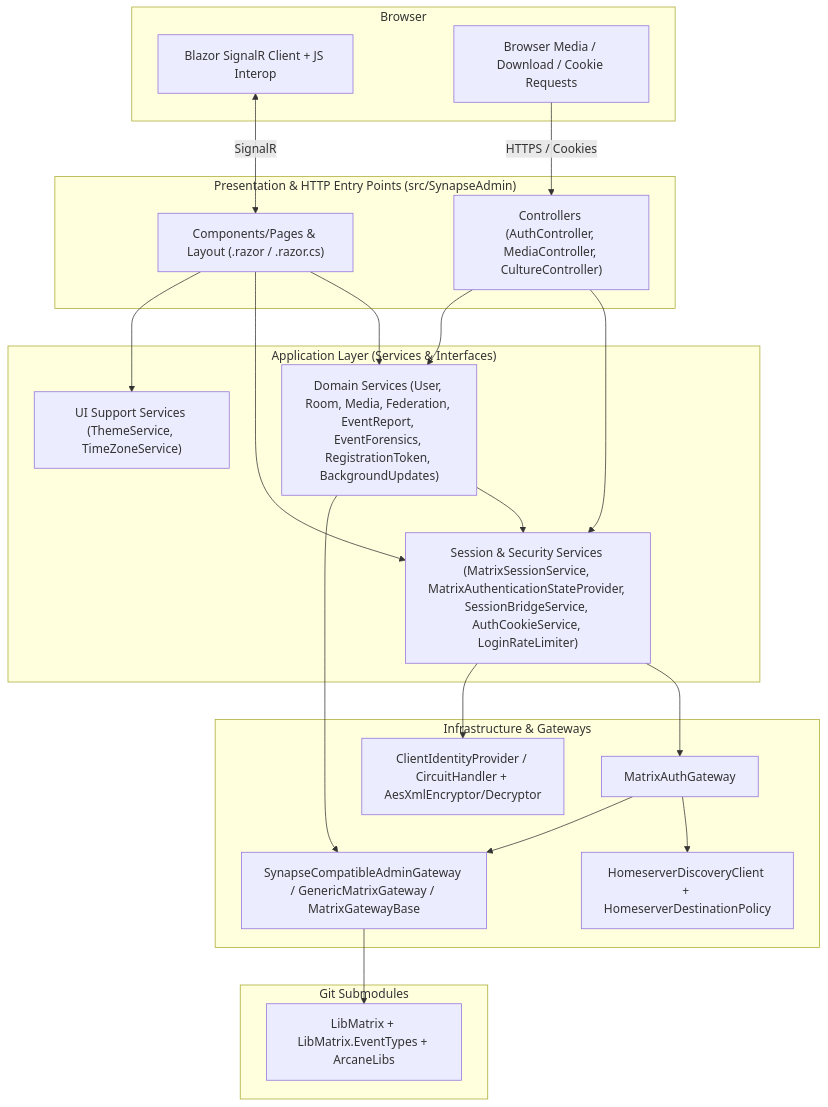
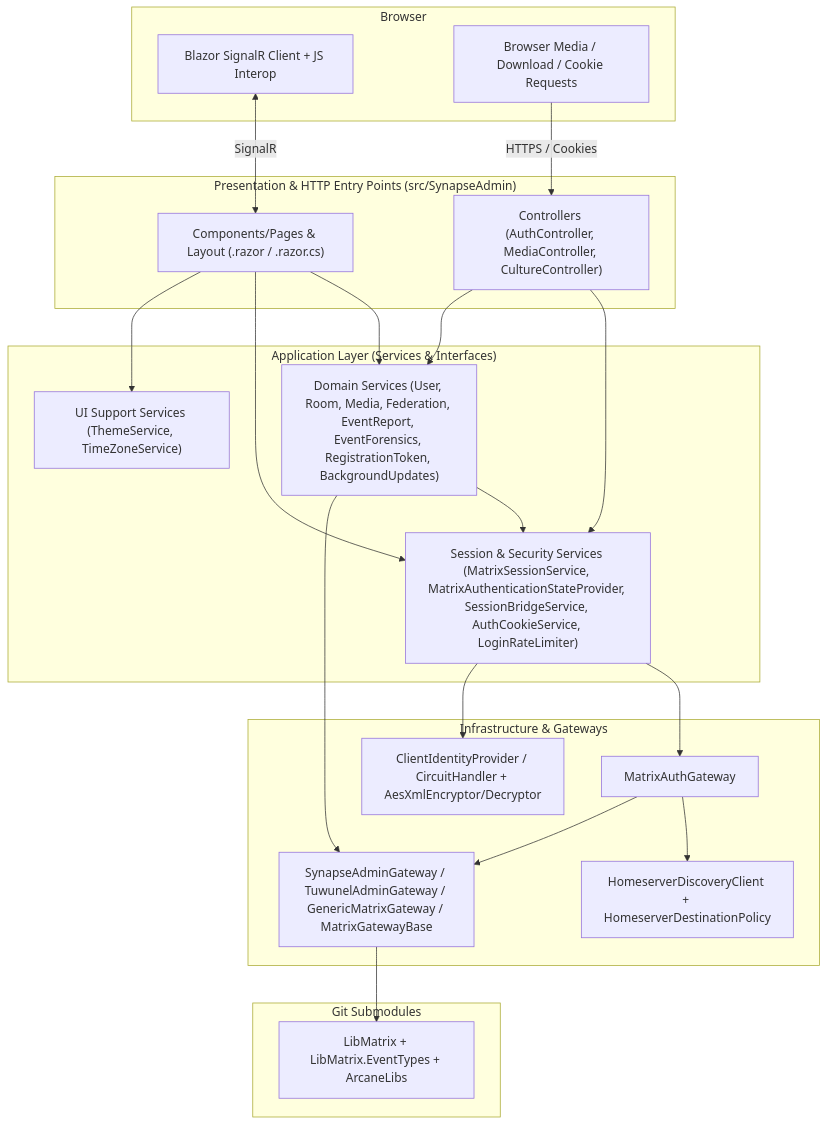
Before and after one commit to benjamin-aicheler/SynapseAdmin.NET: the second of 5 diagrams in ARCHITECTURE.md, drawn with Mermaid. The commit also changed other lines of this file and 2 other files, not shown here.

First line of the commit message:
docs: describe the per-server gateway classes

````diff
--- a/ARCHITECTURE.md
+++ b/ARCHITECTURE.md
@@ -48,44 +48,44 @@
 ```mermaid
 flowchart TB
     subgraph Browser["Browser"]
         UI_Client["Blazor SignalR Client + JS Interop"]
         Media_Client["Browser Media / Download / Cookie Requests"]
     end
 
     subgraph Presentation["Presentation & HTTP Entry Points (src/SynapseAdmin)"]
         Pages["Components/Pages & Layout (.razor / .razor.cs)"]
         Controllers["Controllers (AuthController, MediaController, CultureController)"]
     end
 
     subgraph Application["Application Layer (Services & Interfaces)"]
         DomainServices["Domain Services (User, Room, Media, Federation, EventReport, EventForensics, RegistrationToken, BackgroundUpdates)"]
         SessionServices["Session & Security Services (MatrixSessionService, MatrixAuthenticationStateProvider, SessionBridgeService, AuthCookieService, LoginRateLimiter)"]
         UiServices["UI Support Services (ThemeService, TimeZoneService)"]
     end
 
     subgraph Infrastructure["Infrastructure & Gateways"]
         Discovery["HomeserverDiscoveryClient + HomeserverDestinationPolicy"]
         AuthGw["MatrixAuthGateway"]
-        Gateways["SynapseCompatibleAdminGateway / GenericMatrixGateway / MatrixGatewayBase"]
+        Gateways["SynapseAdminGateway / TuwunelAdminGateway / GenericMatrixGateway / MatrixGatewayBase"]
         SecurityInfra["ClientIdentityProvider / CircuitHandler + AesXmlEncryptor/Decryptor"]
     end
 
     subgraph SDK["Git Submodules"]
         LibMatrix["LibMatrix + LibMatrix.EventTypes + ArcaneLibs"]
     end
 
     UI_Client <-->|SignalR| Pages
     Media_Client -->|HTTPS / Cookies| Controllers
     Pages --> DomainServices
     Pages --> SessionServices
     Pages --> UiServices
     Controllers --> SessionServices
     Controllers --> DomainServices
     DomainServices --> SessionServices
     DomainServices --> Gateways
     SessionServices --> AuthGw
     SessionServices --> SecurityInfra
     AuthGw --> Discovery
     AuthGw --> Gateways
     Gateways --> LibMatrix
 ```
````
